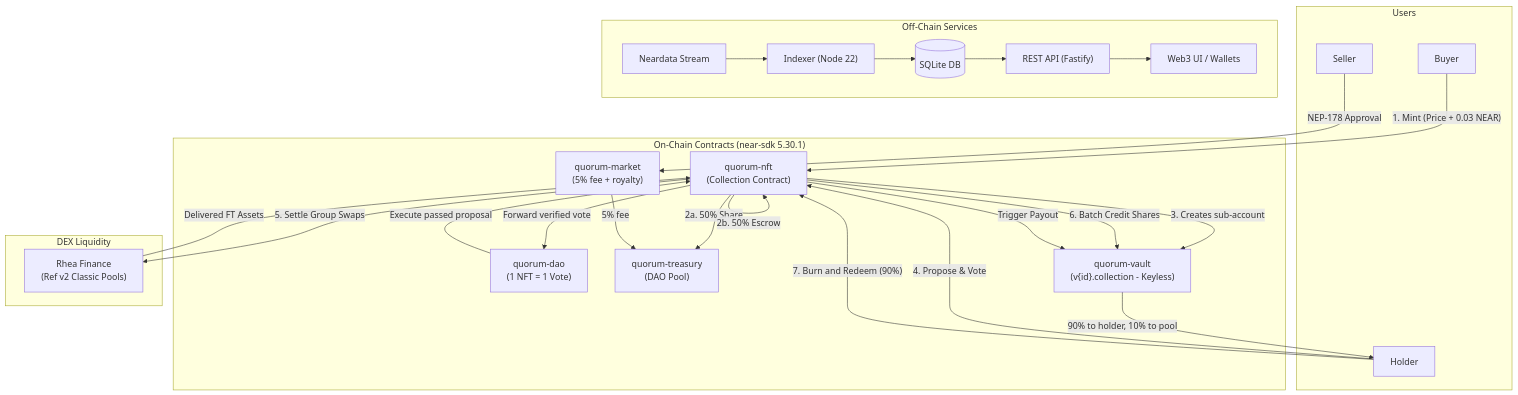
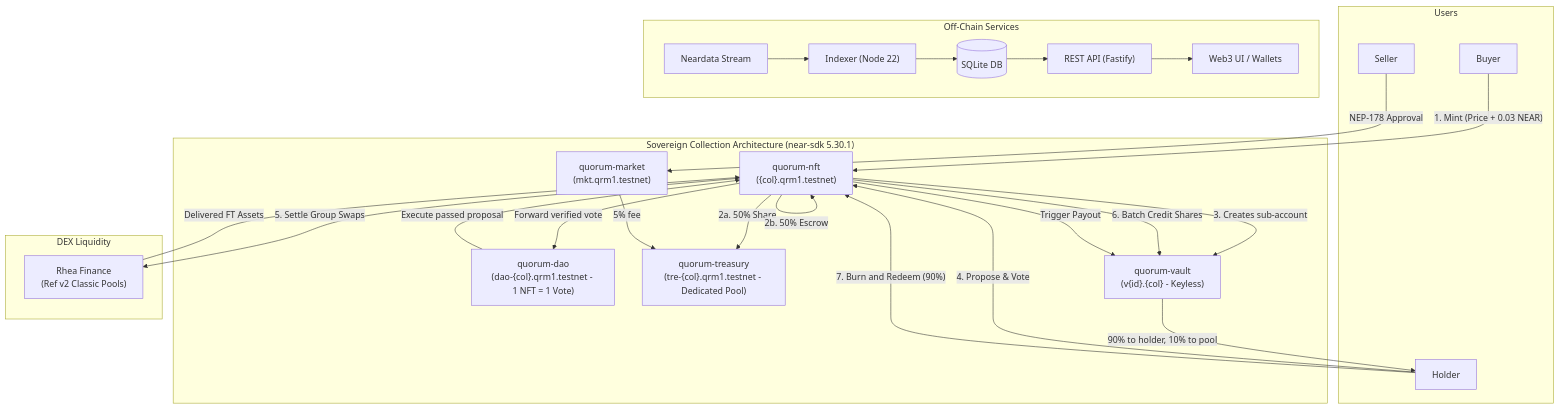
Before and after one commit to kazzysax/QUORUM: the diagram in README.md, drawn with Mermaid. The commit also changed other lines of this file and 2 other files, not shown here.

Commit message:
Update README: Document NEAR tools, sovereign collection communities, and mainnet runbook

````diff
--- a/README.md
+++ b/README.md
@@ -115,43 +117,43 @@
 ```mermaid
 flowchart TD
     subgraph Users
         B[Buyer]
         H[Holder]
         S[Seller]
     end
 
-    subgraph "On-Chain Contracts (near-sdk 5.30.1)"
-        NFT["quorum-nft<br/>(Collection Contract)"]
-        VAULT["quorum-vault<br/>(v{id}.collection - Keyless)"]
-        DAO["quorum-dao<br/>(1 NFT = 1 Vote)"]
-        TREASURY["quorum-treasury<br/>(DAO Pool)"]
-        MARKET["quorum-market<br/>(5% fee + royalty)"]
+    subgraph "Sovereign Collection Architecture (near-sdk 5.30.1)"
+        NFT["quorum-nft<br/>({col}.qrm1.testnet)"]
+        VAULT["quorum-vault<br/>(v{id}.{col} - Keyless)"]
+        DAO["quorum-dao<br/>(dao-{col}.qrm1.testnet - 1 NFT = 1 Vote)"]
+        TREASURY["quorum-treasury<br/>(tre-{col}.qrm1.testnet - Dedicated Pool)"]
+        MARKET["quorum-market<br/>(mkt.qrm1.testnet)"]
     end
 
     subgraph "DEX Liquidity"
         RHEA["Rhea Finance<br/>(Ref v2 Classic Pools)"]
     end
 
     subgraph "Off-Chain Services"
         ND["Neardata Stream"] --> IDX["Indexer (Node 22)"]
         IDX --> DB[(SQLite DB)]
         DB --> API["REST API (Fastify)"]
         API --> UI["Web3 UI / Wallets"]
     end
 
     B -->|"1. Mint (Price + 0.03 NEAR)"| NFT
     NFT -->|"2a. 50% Share"| TREASURY
     NFT -->|"2b. 50% Escrow"| NFT
     NFT -->|"3. Creates sub-account"| VAULT
     H -->|"4. Propose & Vote"| NFT
     NFT -->|"Forward verified vote"| DAO
     DAO -->|"Execute passed proposal"| NFT
     NFT -->|"5. Settle Group Swaps"| RHEA
     RHEA -->|"Delivered FT Assets"| NFT
     NFT -->|"6. Batch Credit Shares"| VAULT
     H -->|"7. Burn and Redeem (90%)"| NFT
     NFT -->|"Trigger Payout"| VAULT
     VAULT -->|"90% to holder, 10% to pool"| H
     S -->|"NEP-178 Approval"| MARKET
     MARKET -->|"5% fee"| TREASURY
 ```
````
